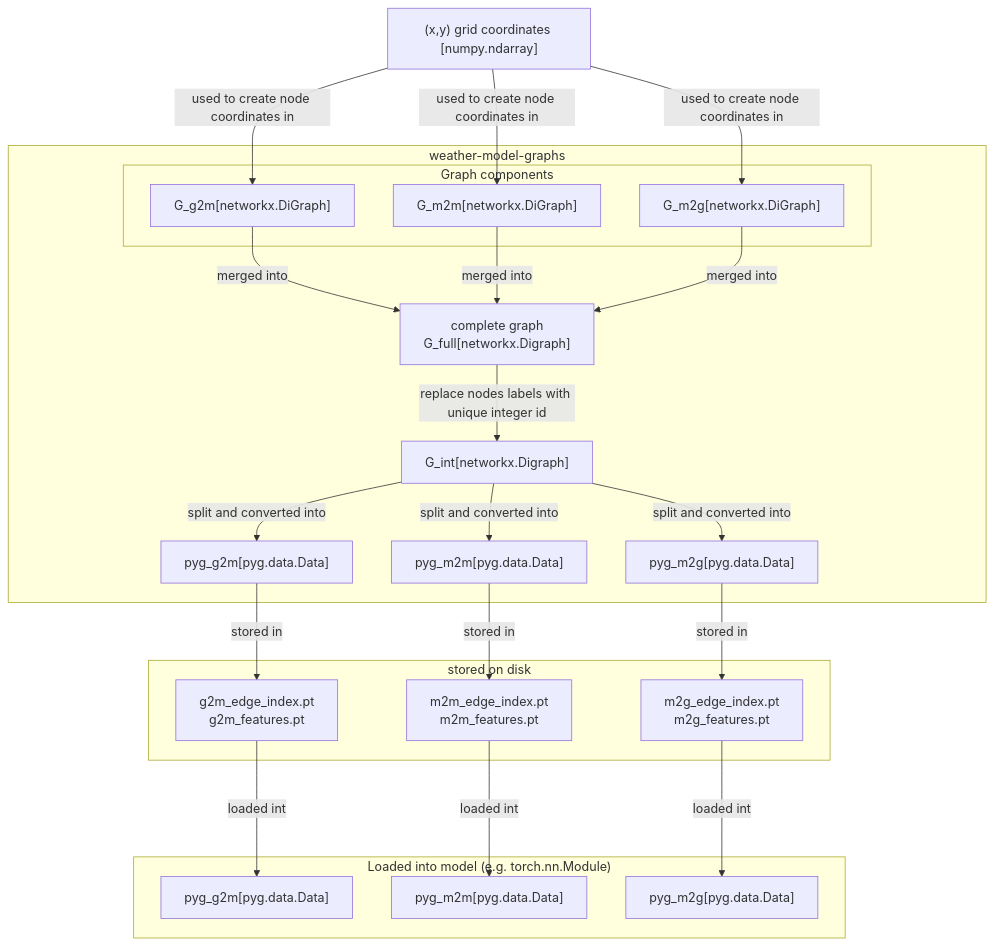
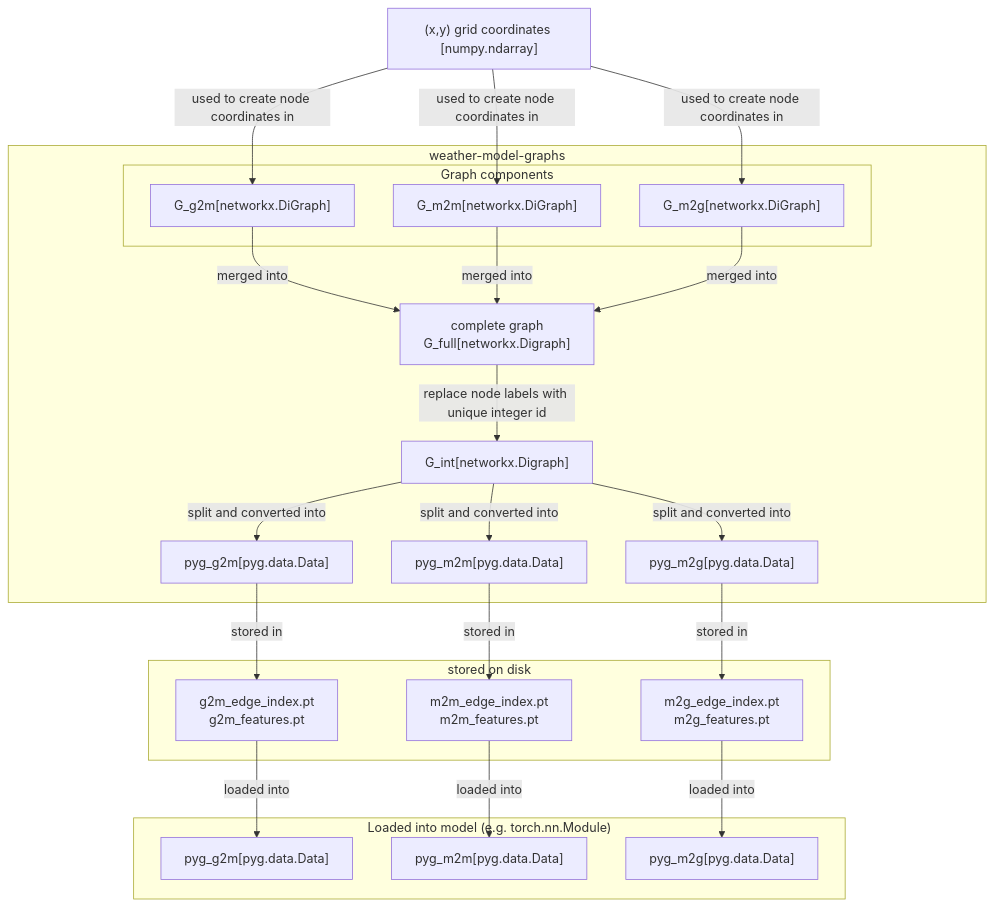
One commit to mllam/weather-model-graphs changed the diagram in README.md. Above: the diagram before and after it, drawn with Mermaid. The commit also changed other lines of this file, not shown here.

````diff
--- a/README.md
+++ b/README.md
@@ -101,49 +109,49 @@
 ```mermaid
 graph TB
 
 xy_grid["(x,y) grid coordinates [numpy.ndarray]"]
 
 subgraph weather_model_graphs["weather-model-graphs"]
     subgraph graph_components["Graph components"]
         G_g2m["G_g2m[networkx.DiGraph]"]
         G_m2m["G_m2m[networkx.DiGraph]"]
         G_m2g["G_m2g[networkx.DiGraph]"]
     end
 
     G_g2m --merged into --> G_full
     G_m2m --merged into --> G_full
     G_m2g --merged into --> G_full
 
     G_full["complete graph\nG_full[networkx.Digraph]"]
 
-    G_full --replace nodes labels with unique integer id--> G_full_int["G_int[networkx.Digraph]"]
+    G_full --replace node labels with unique integer id--> G_full_int["G_int[networkx.Digraph]"]
 
     G_full_int --split and converted into --> pyg_g2m["pyg_g2m[pyg.data.Data]"]
     G_full_int --split and converted into --> pyg_m2m["pyg_m2m[pyg.data.Data]"]
     G_full_int --split and converted into --> pyg_m2g["pyg_m2g[pyg.data.Data]"]
 end
 
 xy_grid --used to create node coordinates in --> G_g2m
 xy_grid --used to create node coordinates in --> G_m2g
 xy_grid --used to create node coordinates in --> G_m2m
 
 subgraph stored_on_disk["stored on disk"]
     pyg_g2m_file["g2m_edge_index.pt\ng2m_features.pt"]
     pyg_m2m_file["m2m_edge_index.pt\nm2m_features.pt"]
     pyg_m2g_file["m2g_edge_index.pt\nm2g_features.pt"]
 end
 
 pyg_g2m --stored in--> pyg_g2m_file
 pyg_m2m --stored in--> pyg_m2m_file
 pyg_m2g --stored in--> pyg_m2g_file
 
 subgraph pyg_loaded["Loaded into model (e.g. torch.nn.Module)"]
     pyg_g2m_loaded["pyg_g2m[pyg.data.Data]"]
     pyg_m2m_loaded["pyg_m2m[pyg.data.Data]"]
     pyg_m2g_loaded["pyg_m2g[pyg.data.Data]"]
 end
 
-pyg_g2m_file --loaded into--> pyg_g2m_loaded
-pyg_m2m_file --loaded into--> pyg_m2m_loaded
-pyg_m2g_file --loaded into--> pyg_m2g_loaded
+pyg_g2m_file --loaded into --> pyg_g2m_loaded
+pyg_m2m_file --loaded into --> pyg_m2m_loaded
+pyg_m2g_file --loaded into --> pyg_m2g_loaded
 ```
````
